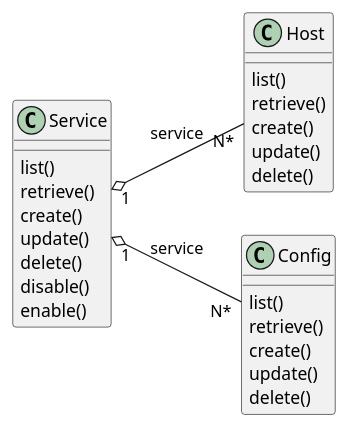
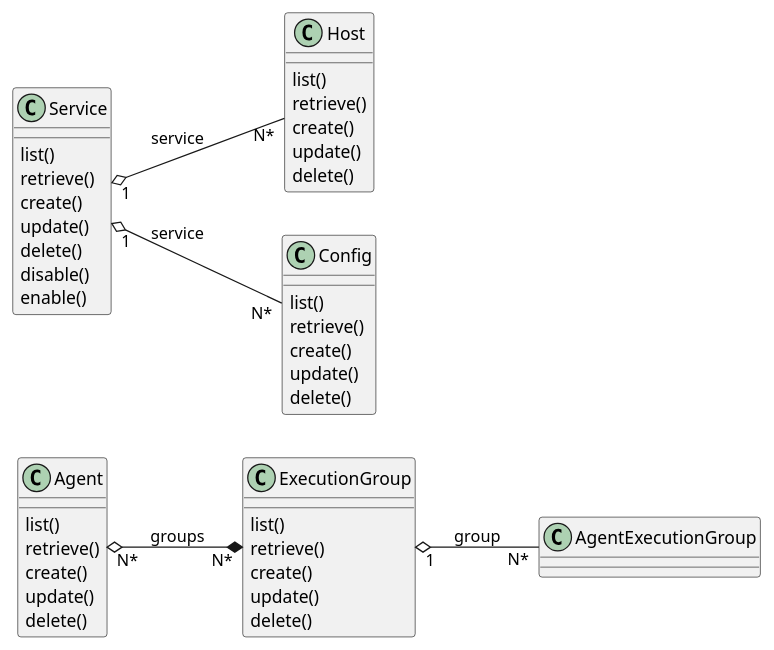
The diagram in register/docs/src/main/docs/model/package-diagram.puml (RubenCiveira/micro-php-monorepo), drawn with PlantUML before and after one commit. The commit also changed 68 other files, not shown here.

```diff
--- a/register/docs/src/main/docs/model/package-diagram.puml
+++ b/register/docs/src/main/docs/model/package-diagram.puml
@@ -2,32 +2,53 @@
 @startuml
 left to right direction
+class .Agent{
+list()
+retrieve()
+create()
+update()
+delete()
+}
+
 class .Service{
 list()
 retrieve()
 create()
 update()
 delete()
 disable()
 enable()
 }
 
 class .Host{
 list()
 retrieve()
 create()
 update()
 delete()
 }
 
+class .AgentExecutionGroup{
+}
+
 class .Config{
 list()
 retrieve()
 create()
 update()
 delete()
 }
 
+class .ExecutionGroup{
+list()
+retrieve()
+create()
+update()
+delete()
+}
+
+.Agent "N*"  o--*  "N*" .ExecutionGroup: groups
 .Service "1"  o--  "N*" .Host: service  
+.ExecutionGroup "1"  o--  "N*" .AgentExecutionGroup: group  
 .Service "1"  o--  "N*" .Config: service  
 
 @enduml
```
